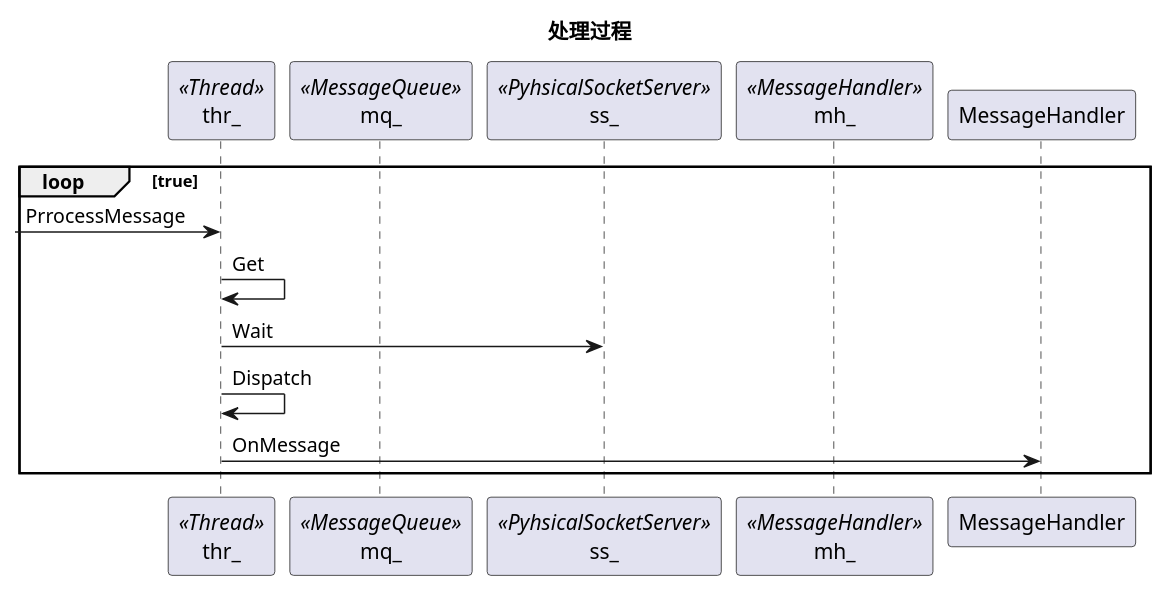
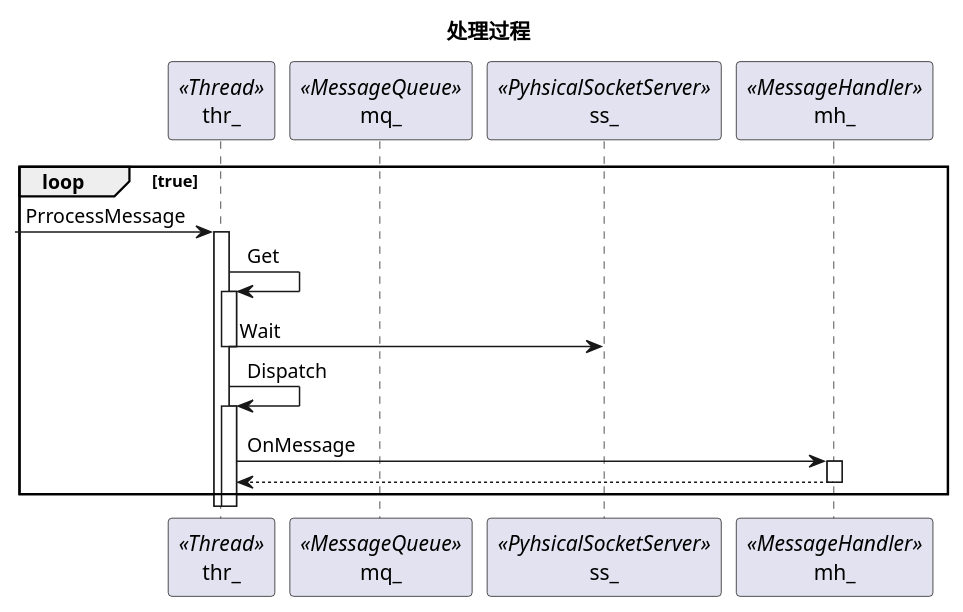
Before and after one commit to mingxin505/webrtcNote: the second of 5 diagrams in webrtc_chrome/Thread.md, drawn with PlantUML. The commit also changed other lines of this file, not shown here.

Commit message:
美化

````diff
--- a/webrtc_chrome/Thread.md
+++ b/webrtc_chrome/Thread.md
@@ -27,14 +27,20 @@
 ```plantuml
 title "处理过程"
 participant thr_  as thr <<Thread>>
 participant mq_  as mq <<MessageQueue>>
 participant ss_  as ss <<PyhsicalSocketServer>>
 participant mh_  as mh <<MessageHandler>>
 loop true
 [-> thr : PrrocessMessage
+activate thr
 thr -> thr : Get
+activate thr
 thr -> ss : Wait
+deactivate 
 thr -> thr : Dispatch
-thr -> MessageHandler : OnMessage
+activate thr
+thr -> mh : OnMessage
+activate mh
+return 
 end
 ```
````
